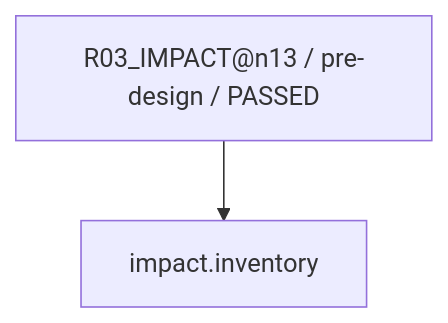
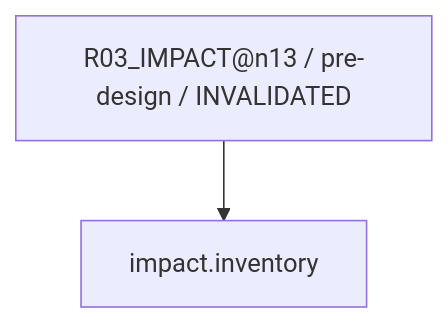
The third of 28 diagrams in work/items/W-MATH-048-n1314-source-audit/generated/CAPABILITY_FIRE_DIAGRAM.md (rrikunagasige-dot/kyotsu-step-web), drawn with Mermaid before and after one commit. The commit also changed other lines of this file and 32 other files, not shown here.

````diff
--- a/work/items/W-MATH-048-n1314-source-audit/generated/CAPABILITY_FIRE_DIAGRAM.md
+++ b/work/items/W-MATH-048-n1314-source-audit/generated/CAPABILITY_FIRE_DIAGRAM.md
@@ -43,6 +43,6 @@
 ```mermaid
 flowchart TD
-  N0["R03_IMPACT@n13 / pre-design / PASSED"]
+  N0["R03_IMPACT@n13 / pre-design / INVALIDATED"]
   N1["impact.inventory"]
   N0 --> N1
 ```
````
